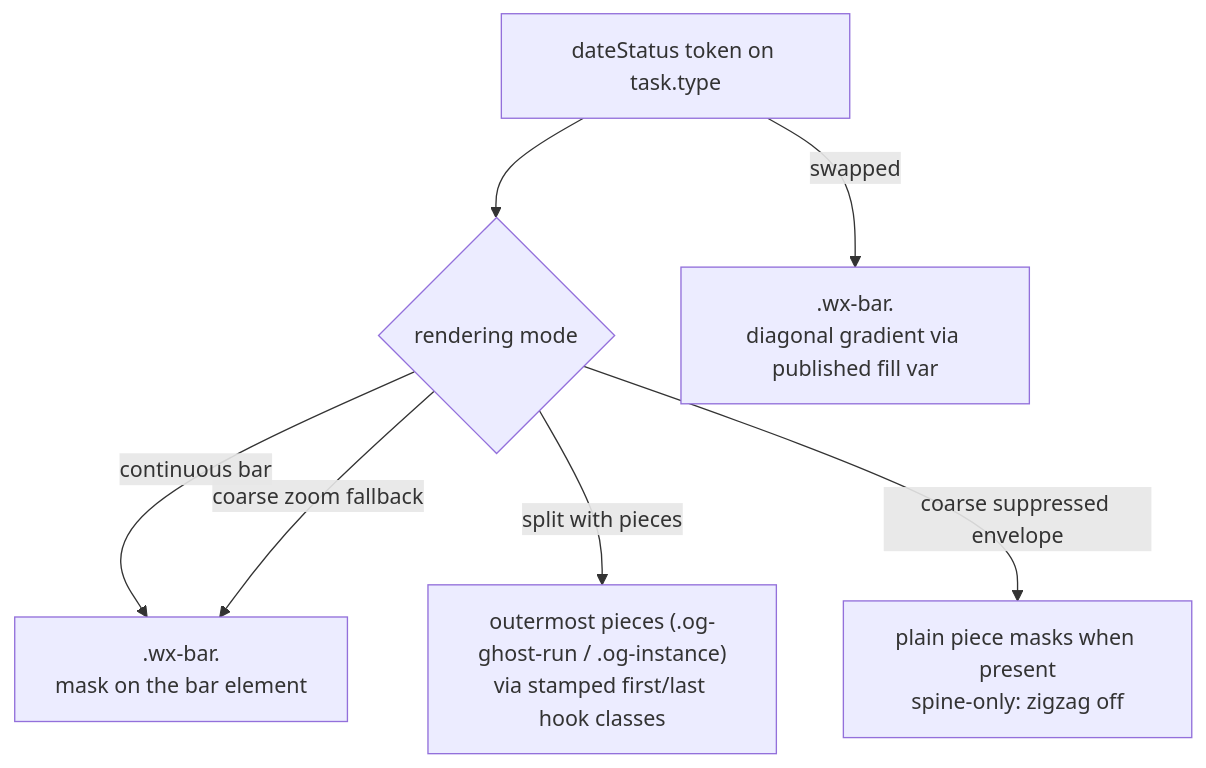
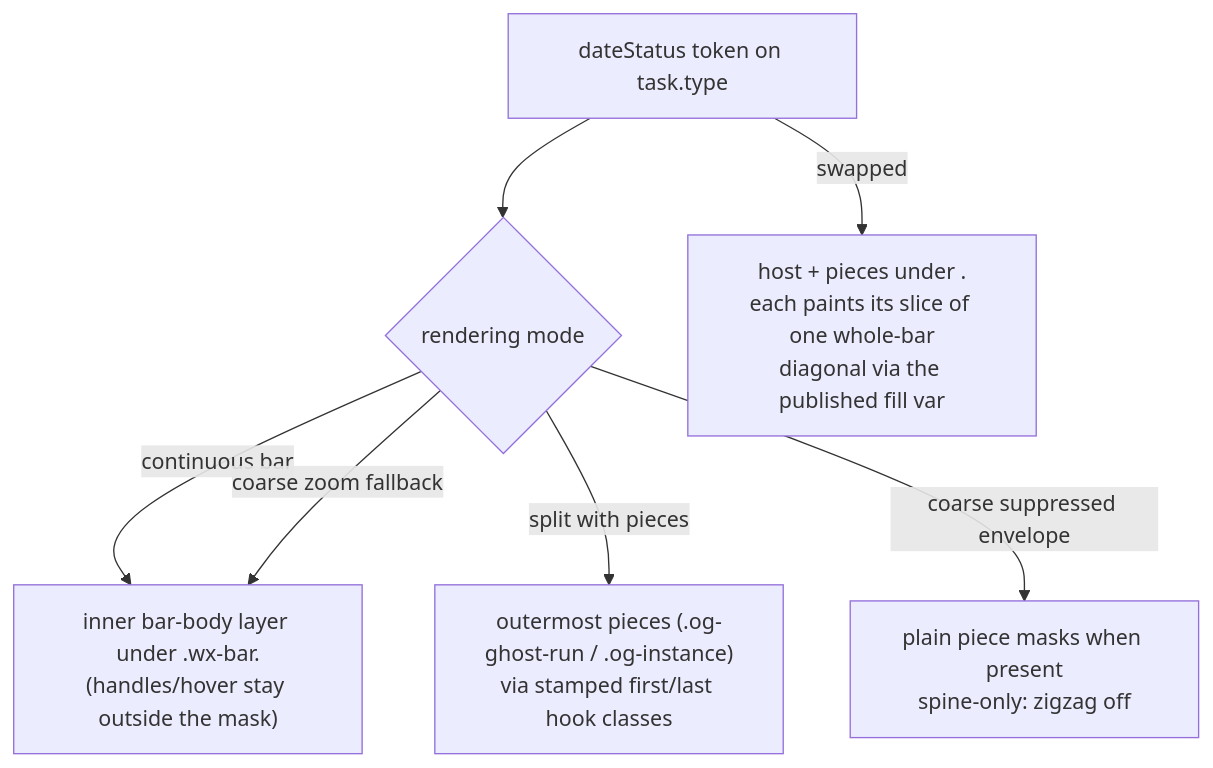
One commit to renatomen/tasknotes-gantt changed the second of 2 diagrams in docs/plans/2026-08-09-001-feat-missing-date-zigzag-semantics-plan.md. Above: the diagram before and after it, drawn with Mermaid. The commit also changed other lines of this file, not shown here.

First line of the commit message:
docs(plans): propagate the inner-mask-carrier model through the whole plan

````diff
--- a/docs/plans/2026-08-09-001-feat-missing-date-zigzag-semantics-plan.md
+++ b/docs/plans/2026-08-09-001-feat-missing-date-zigzag-semantics-plan.md
@@ -159,9 +159,9 @@
 ```mermaid
 flowchart TB
   T["dateStatus token on task.type"] --> C{"rendering mode"}
-  C -->|continuous bar| B[".wx-bar.<zz-token>\nmask on the bar element"]
+  C -->|continuous bar| B["inner bar-body layer under .wx-bar.<zz-token>\n(handles/hover stay outside the mask)"]
   C -->|split with pieces| P["outermost pieces (.og-ghost-run / .og-instance)\nvia stamped first/last hook classes"]
   C -->|coarse zoom fallback| B
   C -->|coarse suppressed envelope| E["plain piece masks when present\nspine-only: zigzag off"]
-  T -->|swapped| S[".wx-bar.<swapped-token>\ndiagonal gradient via published fill var"]
+  T -->|swapped| S["host + pieces under .<swapped-token>\neach paints its slice of one whole-bar\ndiagonal via the published fill var"]
 ```
````
